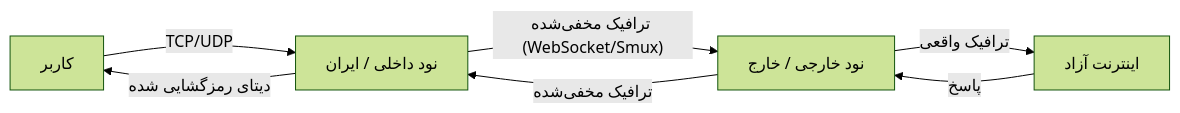
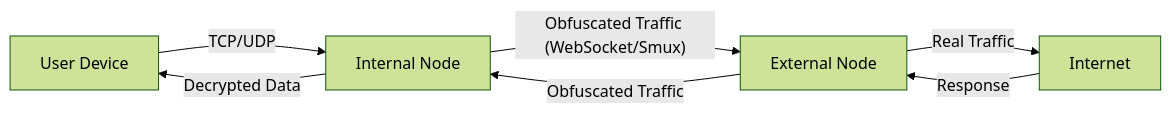
One commit to ehsanking/Elahe-Tunnel changed the diagram in README.md. Above: the diagram before and after it, drawn with Mermaid (forest theme). The commit also changed other lines of this file and 1 other file, not shown here.

````diff
--- a/README.md
+++ b/README.md
@@ -43,9 +46,9 @@
 ```mermaid
 graph LR
-    User[کاربر] -->|TCP/UDP| Client[نود داخلی / ایران]
-    Client -->|"ترافیک مخفی‌شده (WebSocket/Smux)"| Server[نود خارجی / خارج]
-    Server -->|ترافیک واقعی| Internet[اینترنت آزاد]
-    Internet -->|پاسخ| Server
-    Server -->|"ترافیک مخفی‌شده"| Client
-    Client -->|دیتای رمزگشایی شده| User
+    User[User Device] -->|TCP/UDP| Client[Internal Node]
+    Client -->|"Obfuscated Traffic (WebSocket/Smux)"| Server[External Node]
+    Server -->|Real Traffic| Internet[Internet]
+    Internet -->|Response| Server
+    Server -->|"Obfuscated Traffic"| Client
+    Client -->|Decrypted Data| User
 ```
````
